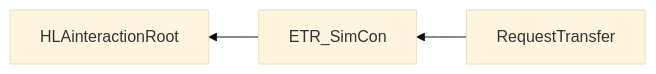
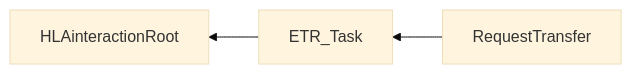
The fifth of 5 diagrams in NETN-TMR.md (AMSP-04/NETN-TMR), drawn with Mermaid (base theme) before and after one commit. The commit also changed other lines of this file and 2 other files, not shown here.

````diff
--- a/NETN-TMR.md
+++ b/NETN-TMR.md
@@ -208,5 +138,5 @@
 ```mermaid
 graph RL
-ETR_SimCon-->HLAinteractionRoot
-RequestTransfer-->ETR_SimCon
+ETR_Task-->HLAinteractionRoot
+RequestTransfer-->ETR_Task
 ```
````
